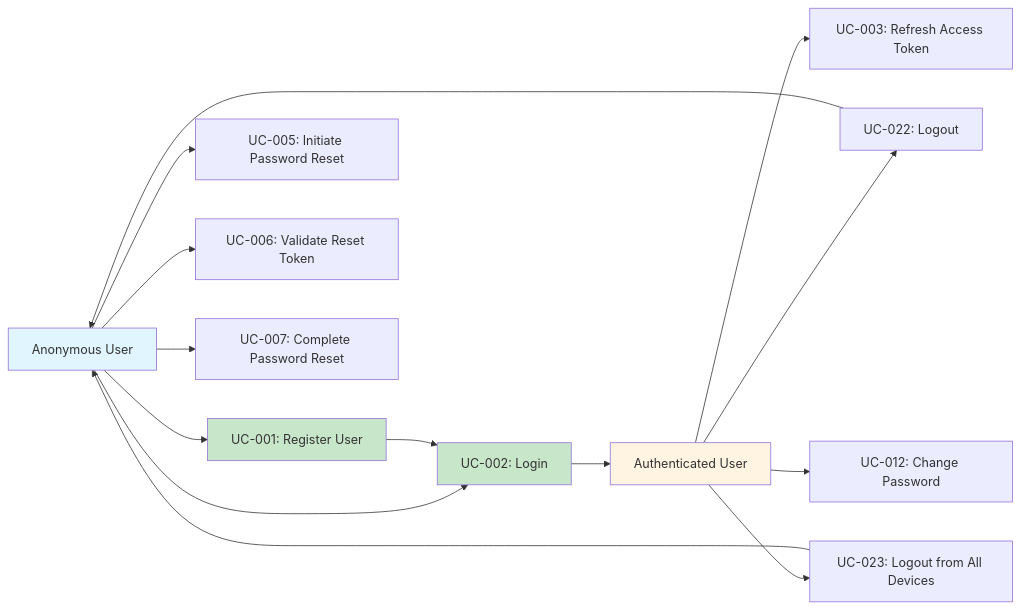
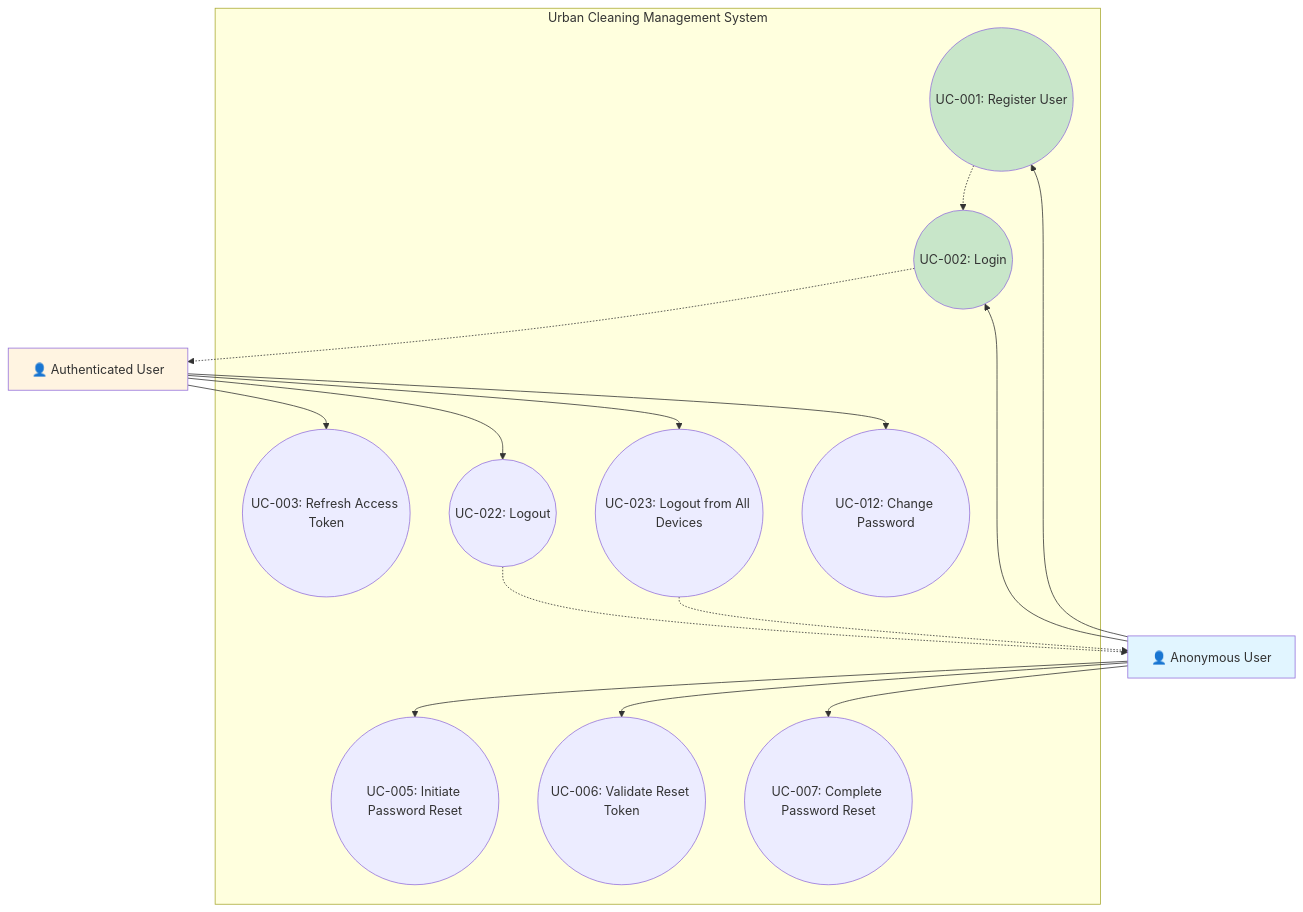
The second of 10 diagrams in docs/architecture/01-use-case-view.md (vyolete/urban-cleaning-management), drawn with Mermaid before and after one commit. The commit also changed other lines of this file and 585 other files, not shown here.

````diff
--- a/docs/architecture/01-use-case-view.md
+++ b/docs/architecture/01-use-case-view.md
@@ -845,27 +845,39 @@
 ```mermaid
-graph LR
-    Anonymous[Anonymous User]
-    Citizen[Authenticated User]
+graph TB
+    subgraph System["Urban Cleaning Management System"]
+        Register((UC-001: Register User))
+        Login((UC-002: Login))
+        ResetInit((UC-005: Initiate Password Reset))
+        ResetValidate((UC-006: Validate Reset Token))
+        ResetComplete((UC-007: Complete Password Reset))
+        Refresh((UC-003: Refresh Access Token))
+        Logout((UC-022: Logout))
+        LogoutAll((UC-023: Logout from All Devices))
+        ChangePass((UC-012: Change Password))
+    end
     
-    Anonymous --> Register[UC-001: Register User]
-    Anonymous --> Login[UC-002: Login]
-    Anonymous --> ResetInit[UC-005: Initiate Password Reset]
-    Anonymous --> ResetValidate[UC-006: Validate Reset Token]
-    Anonymous --> ResetComplete[UC-007: Complete Password Reset]
+    Anonymous[👤 Anonymous User]
+    Citizen[👤 Authenticated User]
     
-    Register --> Login
-    Login --> Citizen
+    Anonymous --> Register
+    Anonymous --> Login
+    Anonymous --> ResetInit
+    Anonymous --> ResetValidate
+    Anonymous --> ResetComplete
     
-    Citizen --> Refresh[UC-003: Refresh Access Token]
-    Citizen --> Logout[UC-022: Logout]
-    Citizen --> LogoutAll[UC-023: Logout from All Devices]
-    Citizen --> ChangePass[UC-012: Change Password]
+    Register -.-> Login
+    Login -.-> Citizen
     
-    Logout --> Anonymous
-    LogoutAll --> Anonymous
+    Citizen --> Refresh
+    Citizen --> Logout
+    Citizen --> LogoutAll
+    Citizen --> ChangePass
+    
+    Logout -.-> Anonymous
+    LogoutAll -.-> Anonymous
     
     style Anonymous fill:#e1f5ff
     style Citizen fill:#fff4e1
     style Register fill:#c8e6c9
     style Login fill:#c8e6c9
 ```
````
